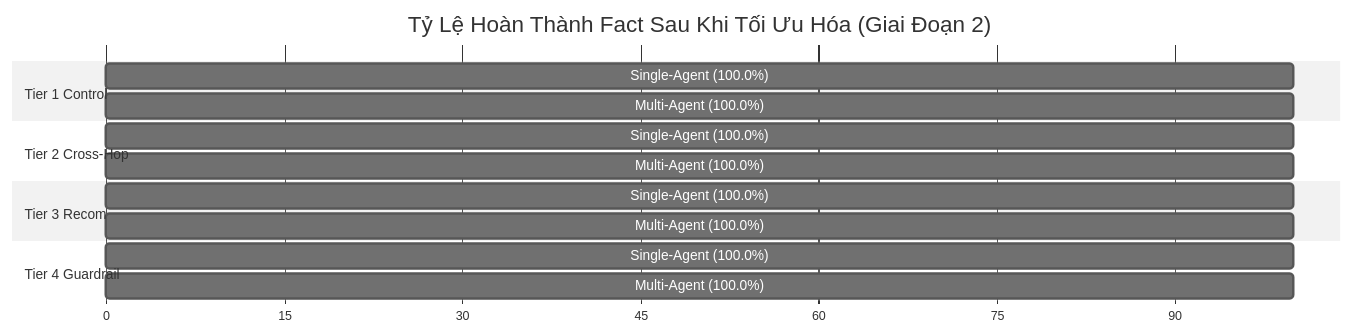
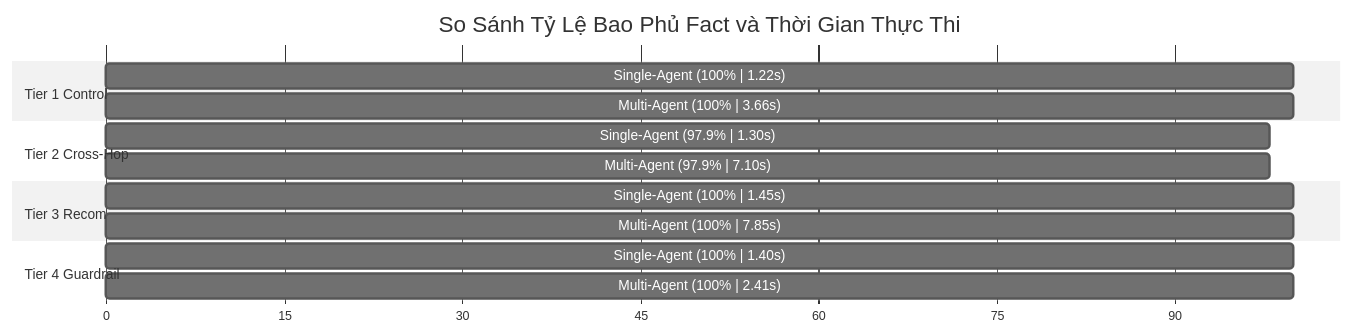
One commit to Thanh281105/multi-agent-system changed the diagram in docs/v4_exploratory_benchmark_results.md. Above: the diagram before and after it, drawn with Mermaid (neutral theme). The commit also changed other lines of this file and 2 other files, not shown here.

````diff
--- a/docs/v4_exploratory_benchmark_results.md
+++ b/docs/v4_exploratory_benchmark_results.md
@@ -51,18 +56,18 @@
 ```mermaid
 gantt
-    title Tỷ Lệ Hoàn Thành Fact Sau Khi Tối Ưu Hóa (Giai Đoạn 2)
+    title So Sánh Tỷ Lệ Bao Phủ Fact và Thời Gian Thực Thi
     dateFormat X
     axisFormat %s
     section Tier 1 Control
-    Single-Agent (100.0%) : 0, 100
-    Multi-Agent (100.0%)  : 0, 100
+    Single-Agent (100% | 1.22s) : 0, 100
+    Multi-Agent  (100% | 3.66s) : 0, 100
     section Tier 2 Cross-Hop
-    Single-Agent (100.0%) : 0, 100
-    Multi-Agent (100.0%)  : 0, 100
+    Single-Agent (97.9% | 1.30s): 0, 98
+    Multi-Agent  (97.9% | 7.10s): 0, 98
     section Tier 3 Recom
-    Single-Agent (100.0%) : 0, 100
-    Multi-Agent (100.0%)  : 0, 100
+    Single-Agent (100% | 1.45s) : 0, 100
+    Multi-Agent  (100% | 7.85s) : 0, 100
     section Tier 4 Guardrail
-    Single-Agent (100.0%) : 0, 100
-    Multi-Agent (100.0%)  : 0, 100
+    Single-Agent (100% | 1.40s) : 0, 100
+    Multi-Agent  (100% | 2.41s) : 0, 100
 ```
````
